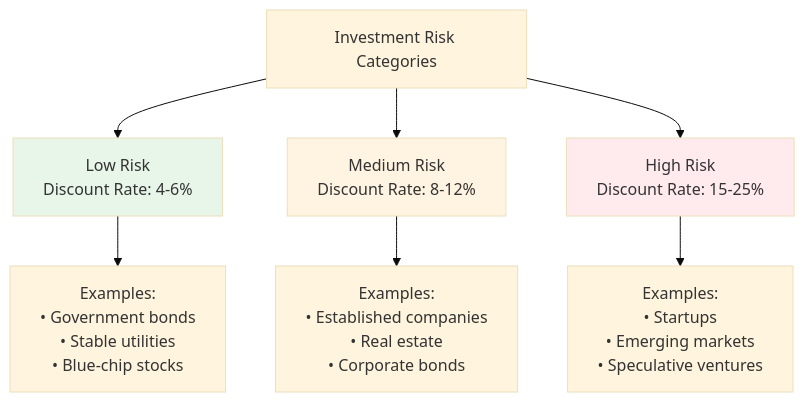
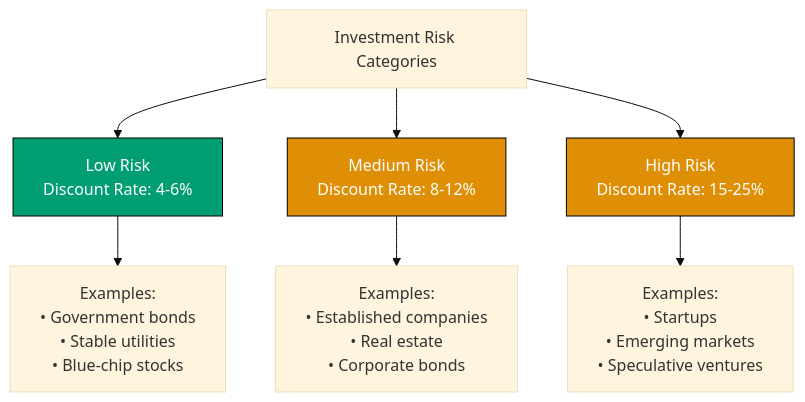
The third of 12 diagrams in docs/tutorials/business-and-finance/tu-bufi__corporate-finance.md (wahidyankf/open-sharia-enterprise), drawn with Mermaid (base theme) before and after one commit. The commit also changed other lines of this file and 22 other files, not shown here.

First line of the commit message:
docs(diagrams): ensure all mermaid diagrams use color-blind friendly palette

````diff
--- a/docs/tutorials/business-and-finance/tu-bufi__corporate-finance.md
+++ b/docs/tutorials/business-and-finance/tu-bufi__corporate-finance.md
@@ -214,14 +223,14 @@
 ```mermaid
 flowchart TD
 	A[Investment Risk Categories] --> B[Low Risk<br/>Discount Rate: 4-6%]
 	A --> C[Medium Risk<br/>Discount Rate: 8-12%]
 	A --> D[High Risk<br/>Discount Rate: 15-25%]
 
 	B --> B1[Examples:<br/>• Government bonds<br/>• Stable utilities<br/>• Blue-chip stocks]
 	C --> C1[Examples:<br/>• Established companies<br/>• Real estate<br/>• Corporate bonds]
 	D --> D1[Examples:<br/>• Startups<br/>• Emerging markets<br/>• Speculative ventures]
 
-	style B fill:#e8f5e9
-	style C fill:#fff4e1
-	style D fill:#ffebee
+	style B fill:#029E73,stroke:#000000,color:#FFFFFF
+	style C fill:#DE8F05,stroke:#000000,color:#FFFFFF
+	style D fill:#DE8F05,stroke:#000000,color:#FFFFFF
 ```
````
